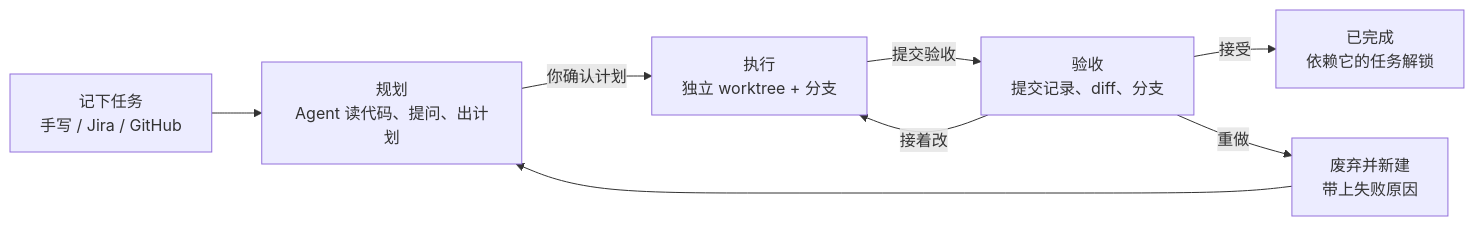
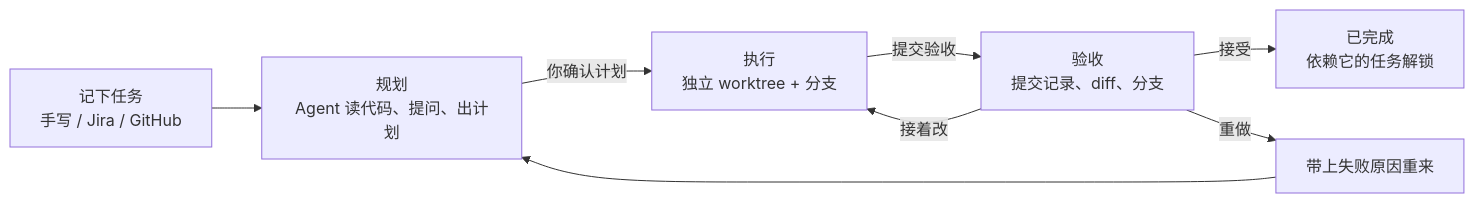
The diagram in README.md (Wusuluren/antumi), drawn with Mermaid before and after one commit. The commit also changed other lines of this file and 19 other files, not shown here.

````diff
--- a/README.md
+++ b/README.md
@@ -48,10 +83,10 @@
 ```mermaid
 flowchart LR
     A["记下任务<br/>手写 / Jira / GitHub"] --> B["规划<br/>Agent 读代码、提问、出计划"]
     B -->|你确认计划| C["执行<br/>独立 worktree + 分支"]
     C -->|提交验收| D["验收<br/>提交记录、diff、分支"]
     D -->|接受| E["已完成<br/>依赖它的任务解锁"]
     D -->|接着改| C
-    D -->|重做| F["废弃并新建<br/>带上失败原因"]
+    D -->|重做| F["带上失败原因重来"]
     F --> B
 ```
````
